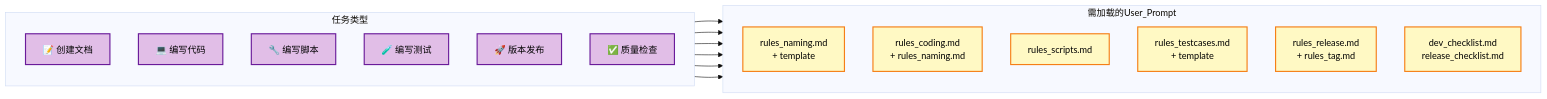
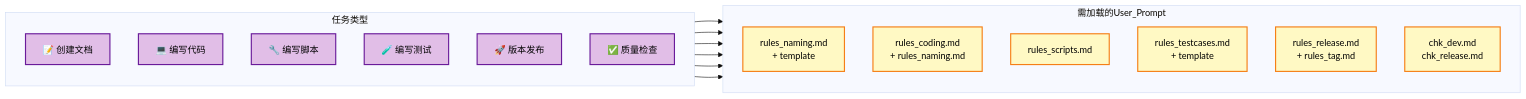
The diagram in Governance/TASK_RULE_MAPPING.mmd (lukagithub/archpilot_core), drawn with Mermaid (base theme) before and after one commit. The commit also changed 27 other files, not shown here.

```diff
--- a/Governance/TASK_RULE_MAPPING.mmd
+++ b/Governance/TASK_RULE_MAPPING.mmd
@@ -1,39 +1,39 @@
 %% ========================================
 %% 任务类型与规则加载映射图
 %% 说明：展示不同任务类型需要加载哪些规则和模板
 %% ========================================
 
 graph LR
     subgraph 任务类型
         direction TB
         T1["📝 创建文档"]
         T2["💻 编写代码"]
         T3["🔧 编写脚本"]
         T4["🧪 编写测试"]
         T5["🚀 版本发布"]
         T6["✅ 质量检查"]
     end
 
     subgraph 需加载的User_Prompt
         direction TB
         R1["rules_naming.md<br/>+ template"]
         R2["rules_coding.md<br/>+ rules_naming.md"]
         R3["rules_scripts.md"]
         R4["rules_testcases.md<br/>+ template"]
         R5["rules_release.md<br/>+ rules_tag.md"]
-        R6["dev_checklist.md<br/>release_checklist.md"]
+        R6["chk_dev.md<br/>chk_release.md"]
     end
 
     T1 --> R1
     T2 --> R2
     T3 --> R3
     T4 --> R4
     T5 --> R5
     T6 --> R6
 
     %% 样式定义
     classDef taskStyle fill:#e1bee7,stroke:#6a1b9a,stroke-width:2px,color:#000
     classDef ruleStyle fill:#fff9c4,stroke:#f57f17,stroke-width:2px,color:#000
 
     class T1,T2,T3,T4,T5,T6 taskStyle
     class R1,R2,R3,R4,R5,R6 ruleStyle
```
